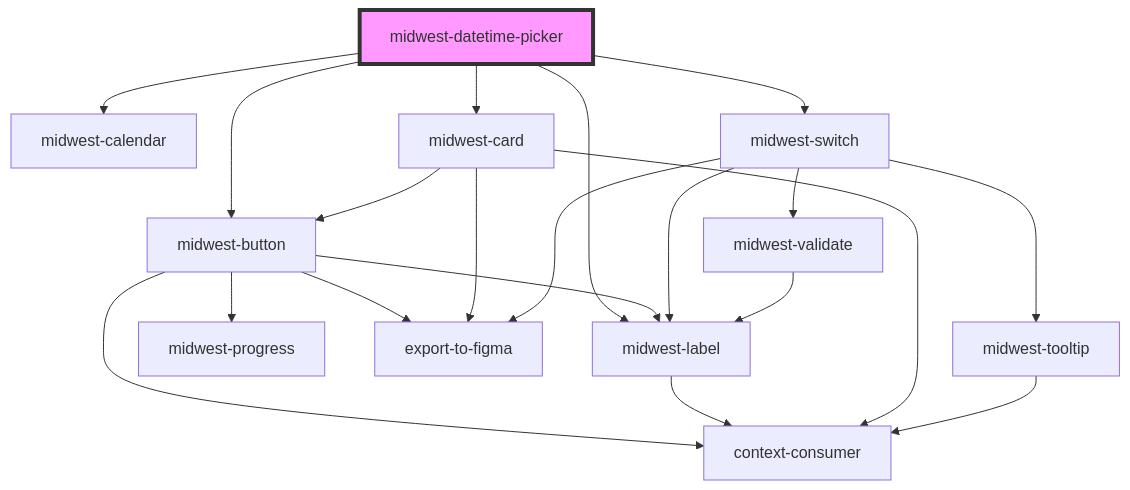
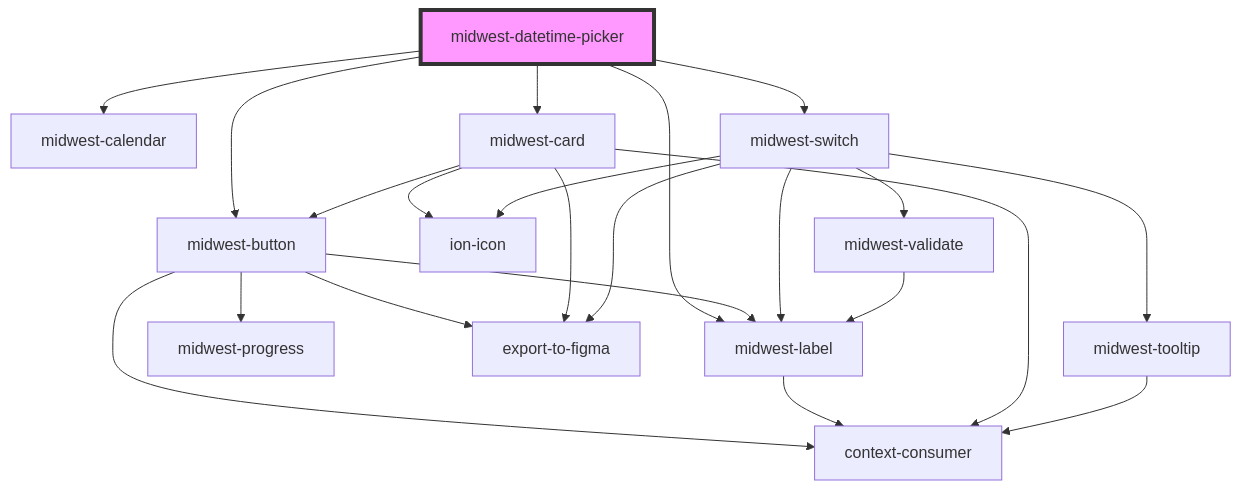
The diagram in packages/core/docs/components/forms/datetime-picker/readme.md (splitinfinities/Midwest), drawn with Mermaid before and after one commit. The commit also changed 388 other files, not shown here.

````diff
--- a/packages/core/docs/components/forms/datetime-picker/readme.md
+++ b/packages/core/docs/components/forms/datetime-picker/readme.md
@@ -80,23 +80,25 @@
 ```mermaid
 graph TD;
   midwest-datetime-picker --> midwest-calendar
   midwest-datetime-picker --> midwest-button
   midwest-datetime-picker --> midwest-card
   midwest-datetime-picker --> midwest-switch
   midwest-datetime-picker --> midwest-label
   midwest-button --> midwest-progress
   midwest-button --> midwest-label
   midwest-button --> export-to-figma
   midwest-button --> context-consumer
   midwest-label --> context-consumer
   midwest-card --> midwest-button
+  midwest-card --> ion-icon
   midwest-card --> export-to-figma
   midwest-card --> context-consumer
   midwest-switch --> midwest-label
+  midwest-switch --> ion-icon
   midwest-switch --> midwest-tooltip
   midwest-switch --> midwest-validate
   midwest-switch --> export-to-figma
   midwest-tooltip --> context-consumer
   midwest-validate --> midwest-label
   style midwest-datetime-picker fill:#f9f,stroke:#333,stroke-width:4px
 ```
````
